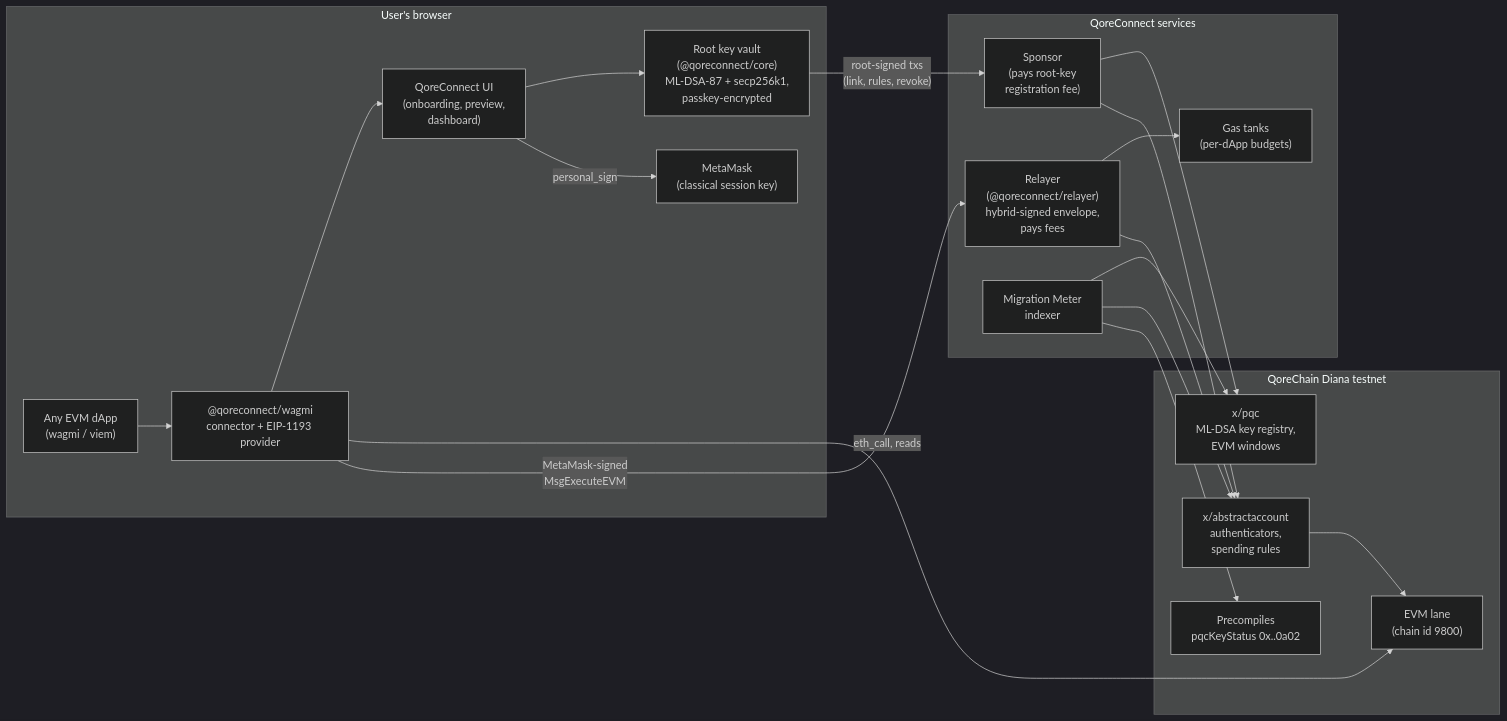
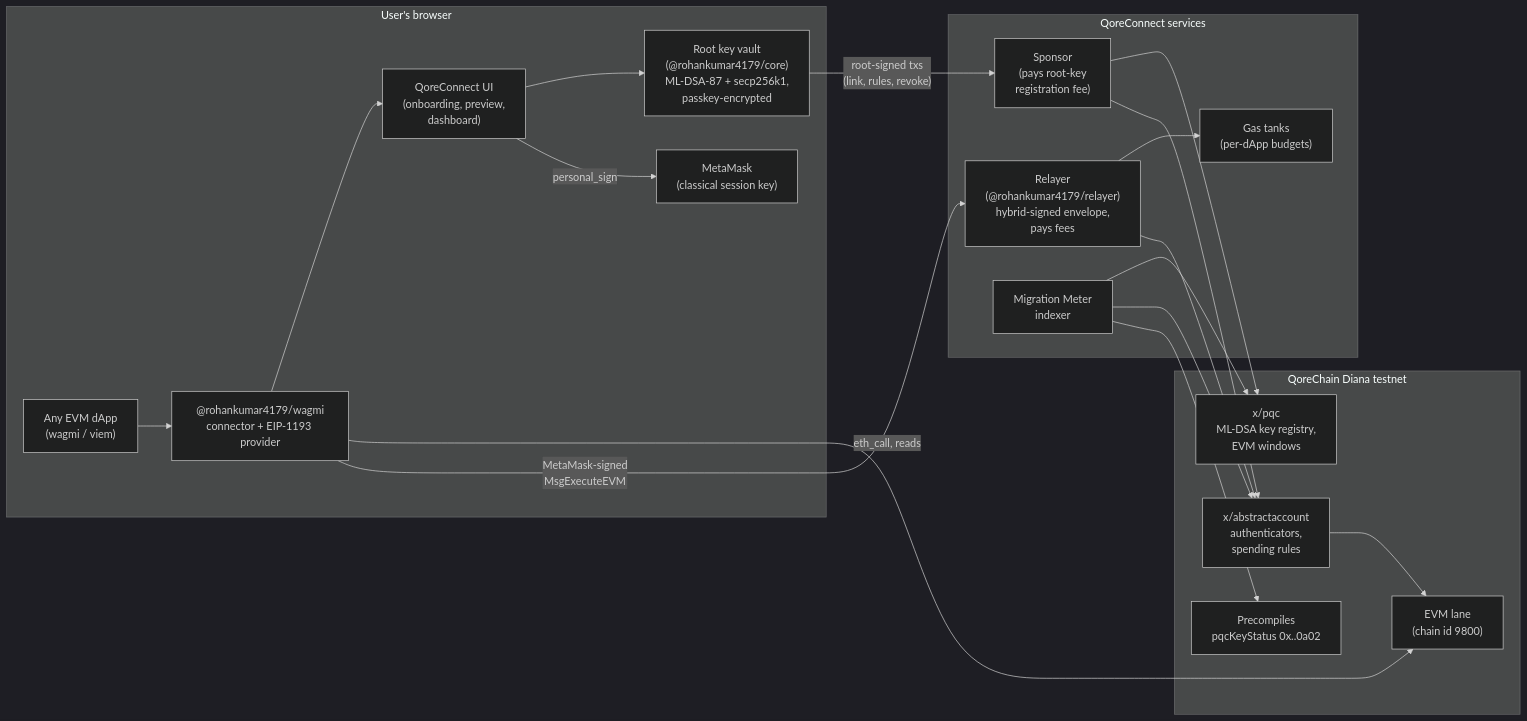
Before and after one commit to rohan911438/QoreConnect: the diagram in architecture/01-system-overview.md, drawn with Mermaid (dark theme). The commit also changed other lines of this file and 85 other files, not shown here.

First line of the commit message:
Publish the SDK under @rohankumar4179/* (core, react, wagmi, relayer); npm READMEs for each package

````diff
--- a/architecture/01-system-overview.md
+++ b/architecture/01-system-overview.md
@@ -5,40 +5,40 @@
 ```mermaid
 flowchart LR
   subgraph Browser["User's browser"]
     MM["MetaMask<br/>(classical session key)"]
     DAPP["Any EVM dApp<br/>(wagmi / viem)"]
-    CONN["@qoreconnect/wagmi<br/>connector + EIP-1193 provider"]
-    VAULT["Root key vault<br/>(@qoreconnect/core)<br/>ML-DSA-87 + secp256k1,<br/>passkey-encrypted"]
+    CONN["@rohankumar4179/wagmi<br/>connector + EIP-1193 provider"]
+    VAULT["Root key vault<br/>(@rohankumar4179/core)<br/>ML-DSA-87 + secp256k1,<br/>passkey-encrypted"]
     UI["QoreConnect UI<br/>(onboarding, preview,<br/>dashboard)"]
   end
 
   subgraph Server["QoreConnect services"]
-    REL["Relayer<br/>(@qoreconnect/relayer)<br/>hybrid-signed envelope,<br/>pays fees"]
+    REL["Relayer<br/>(@rohankumar4179/relayer)<br/>hybrid-signed envelope,<br/>pays fees"]
     SPON["Sponsor<br/>(pays root-key<br/>registration fee)"]
     TANK["Gas tanks<br/>(per-dApp budgets)"]
     METER["Migration Meter<br/>indexer"]
   end
 
   subgraph Chain["QoreChain Diana testnet"]
     PQC["x/pqc<br/>ML-DSA key registry,<br/>EVM windows"]
     AA["x/abstractaccount<br/>authenticators,<br/>spending rules"]
     EVM["EVM lane<br/>(chain id 9800)"]
     PRE["Precompiles<br/>pqcKeyStatus 0x..0a02"]
   end
 
   DAPP --> CONN
   CONN --> UI
   CONN -- "eth_call, reads" --> EVM
   UI --> VAULT
   UI -- "personal_sign" --> MM
   VAULT -- "root-signed txs<br/>(link, rules, revoke)" --> SPON
   SPON --> PQC
   SPON --> AA
   CONN -- "MetaMask-signed<br/>MsgExecuteEVM" --> REL
   REL --> TANK
   REL --> AA
   AA --> EVM
   METER --> PQC
   METER --> AA
   METER --> PRE
 ```
````
